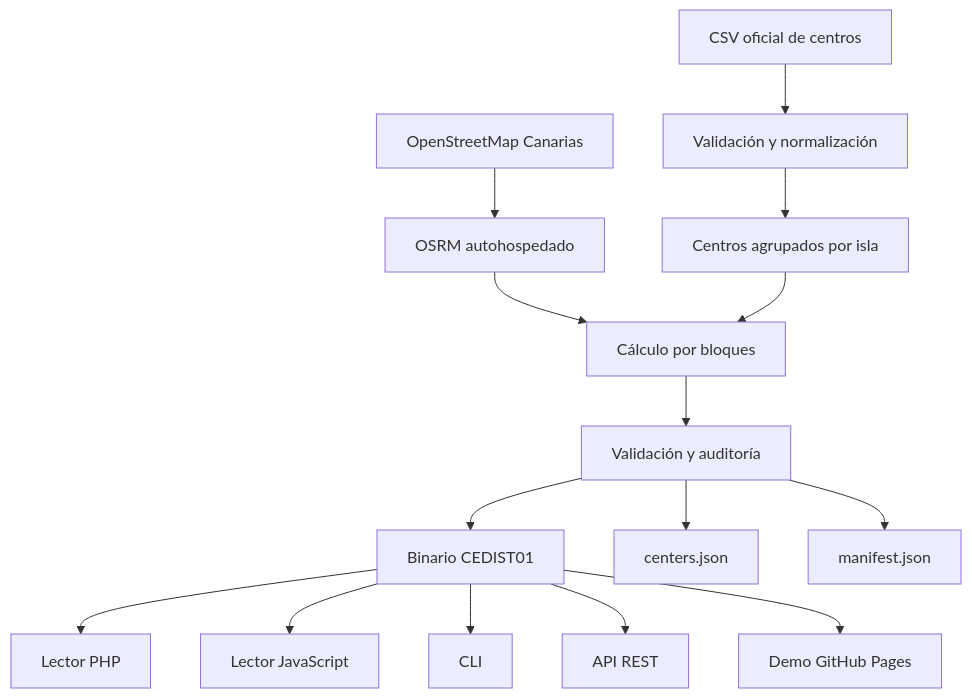
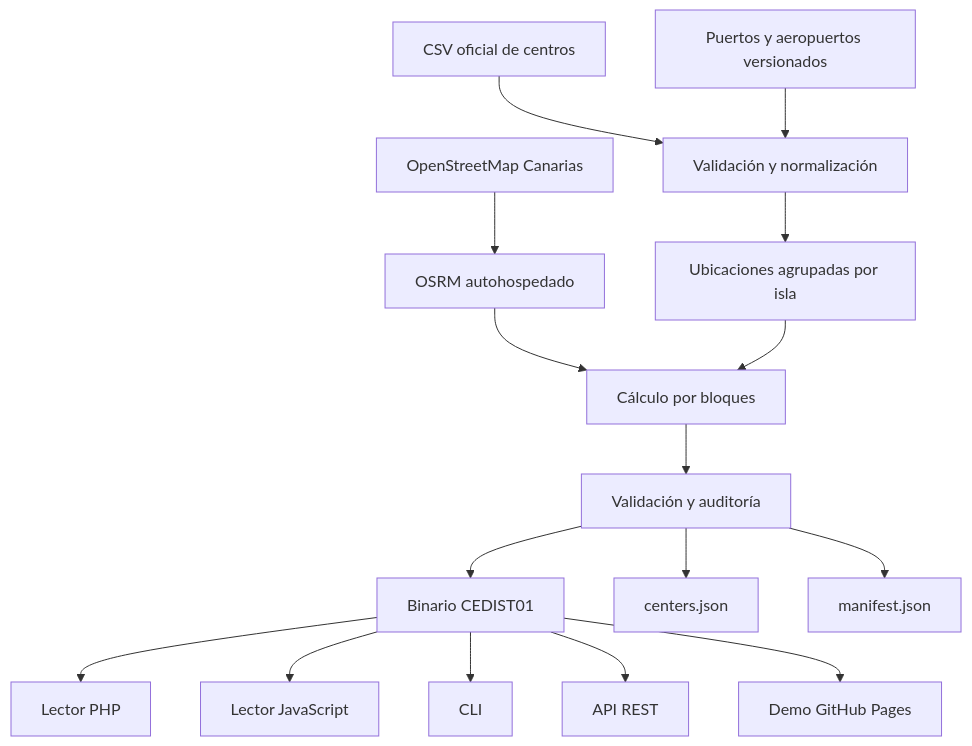
The diagram in README.md (ateeducacion/distancias_centros_educativos_canarias), drawn with Mermaid before and after one commit. The commit also changed other lines of this file, not shown here.

Commit message:
Document numeric airport and port locations

````diff
--- a/README.md
+++ b/README.md
@@ -39,17 +43,18 @@
 ```mermaid
 flowchart TD
     A[CSV oficial de centros] --> C[Validación y normalización]
-    B[OpenStreetMap Canarias] --> D[OSRM autohospedado]
-    C --> E[Centros agrupados por isla]
-    D --> F[Cálculo por bloques]
-    E --> F
-    F --> G[Validación y auditoría]
-    G --> H[Binario CEDIST01]
-    G --> I[centers.json]
-    G --> J[manifest.json]
-    H --> K[Lector PHP]
-    H --> L[Lector JavaScript]
-    H --> M[CLI]
-    H --> N[API REST]
-    H --> O[Demo GitHub Pages]
+    B[Puertos y aeropuertos versionados] --> C
+    D[OpenStreetMap Canarias] --> E[OSRM autohospedado]
+    C --> F[Ubicaciones agrupadas por isla]
+    E --> G[Cálculo por bloques]
+    F --> G
+    G --> H[Validación y auditoría]
+    H --> I[Binario CEDIST01]
+    H --> J[centers.json]
+    H --> K[manifest.json]
+    I --> L[Lector PHP]
+    I --> M[Lector JavaScript]
+    I --> N[CLI]
+    I --> O[API REST]
+    I --> P[Demo GitHub Pages]
 ```
````
